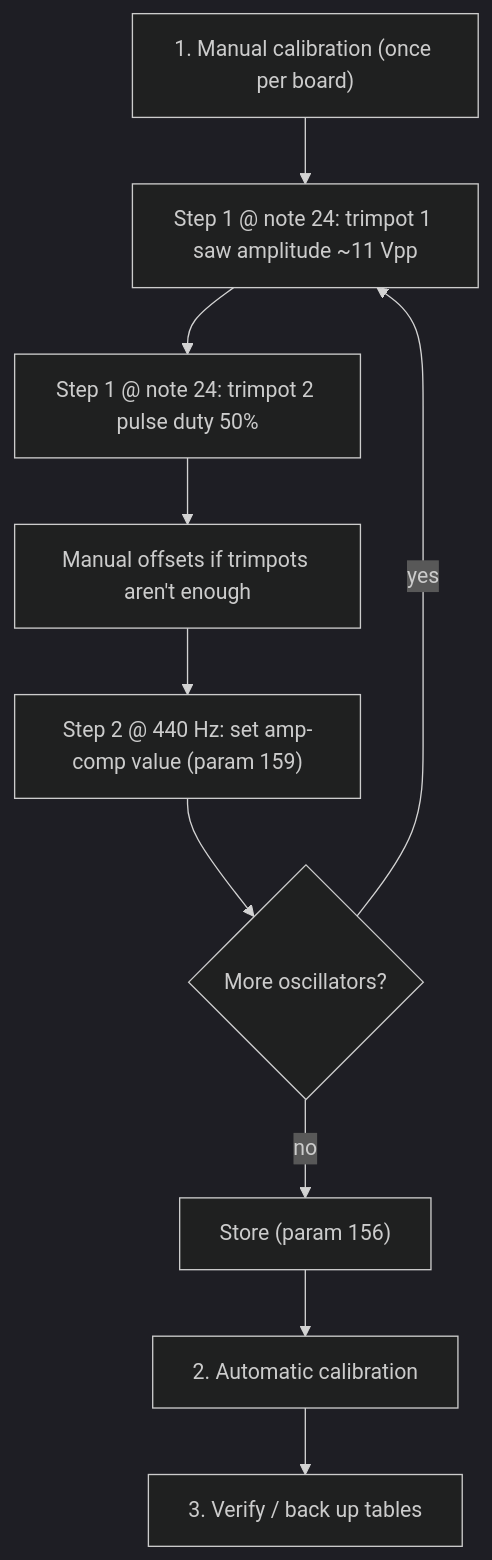
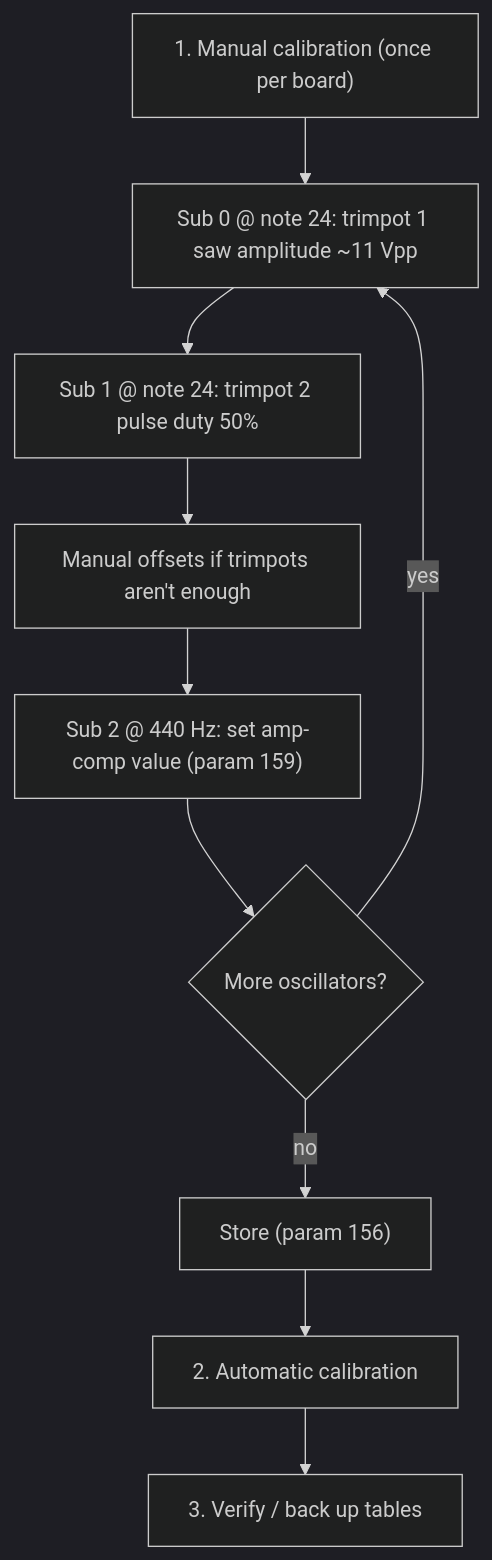
Before and after one commit to felipegaspari/DCO-SHARED-LIBRARIES: the diagram in docs/CALIBRATION_PROCEDURE.md, drawn with Mermaid (dark theme). The commit also changed other lines of this file and 22 other files, not shown here.

````diff
--- a/docs/CALIBRATION_PROCEDURE.md
+++ b/docs/CALIBRATION_PROCEDURE.md
@@ -11,12 +11,12 @@
 ```mermaid
 flowchart TD
-    manual["1. Manual calibration (once per board)"] --> trim1["Step 1 @ note 24: trimpot 1 saw amplitude ~11 Vpp"]
-    trim1 --> trim2["Step 1 @ note 24: trimpot 2 pulse duty 50%"]
+    manual["1. Manual calibration (once per board)"] --> trim1["Sub 0 @ note 24: trimpot 1 saw amplitude ~11 Vpp"]
+    trim1 --> trim2["Sub 1 @ note 24: trimpot 2 pulse duty 50%"]
     trim2 --> offsets["Manual offsets if trimpots aren't enough"]
-    offsets --> anchor["Step 2 @ 440 Hz: set amp-comp value (param 159)"]
+    offsets --> anchor["Sub 2 @ 440 Hz: set amp-comp value (param 159)"]
     anchor --> nextOsc{"More oscillators?"}
     nextOsc -->|yes| trim1
     nextOsc -->|no| store["Store (param 156)"]
     store --> auto["2. Automatic calibration"]
     auto --> verify["3. Verify / back up tables"]
 ```
````
